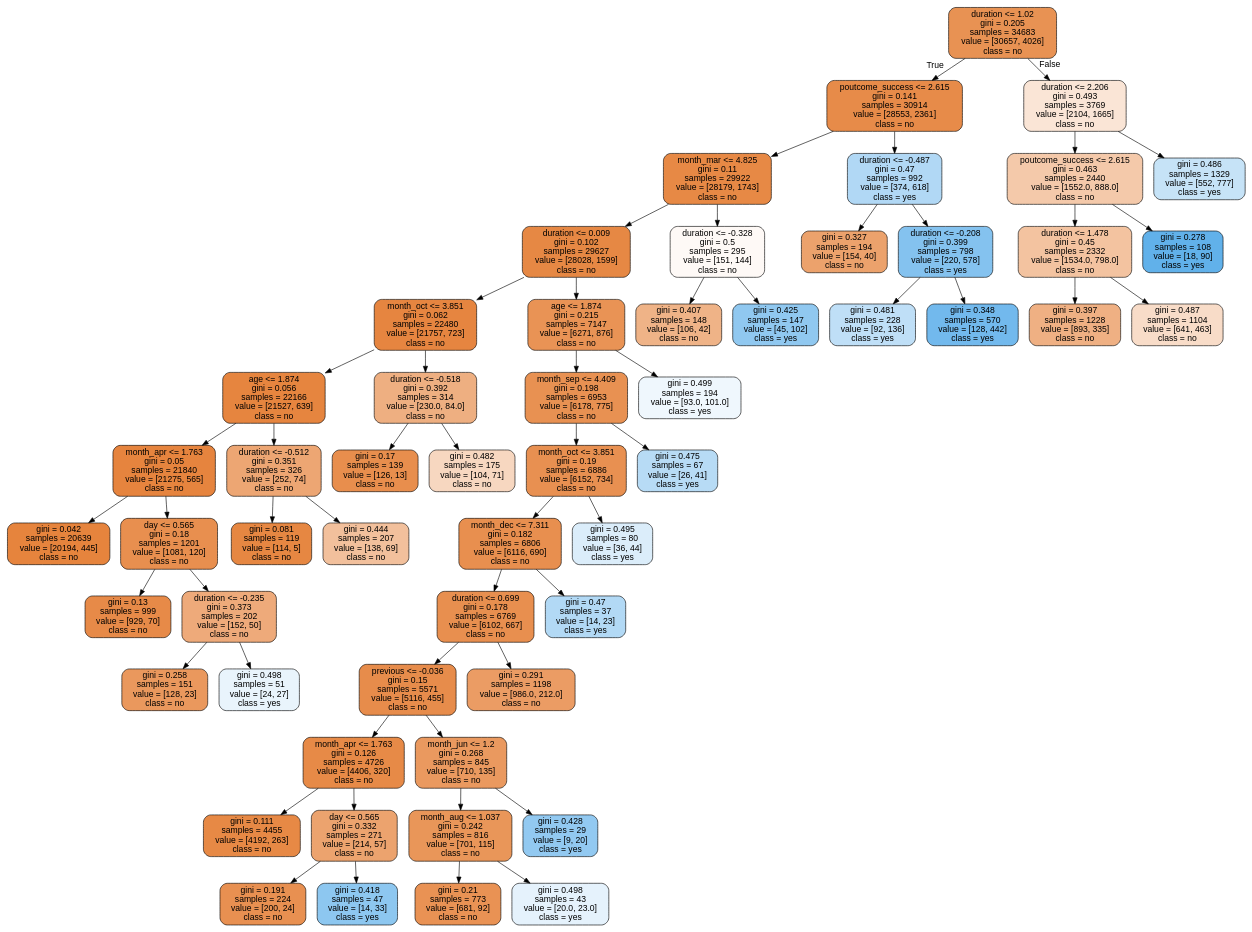
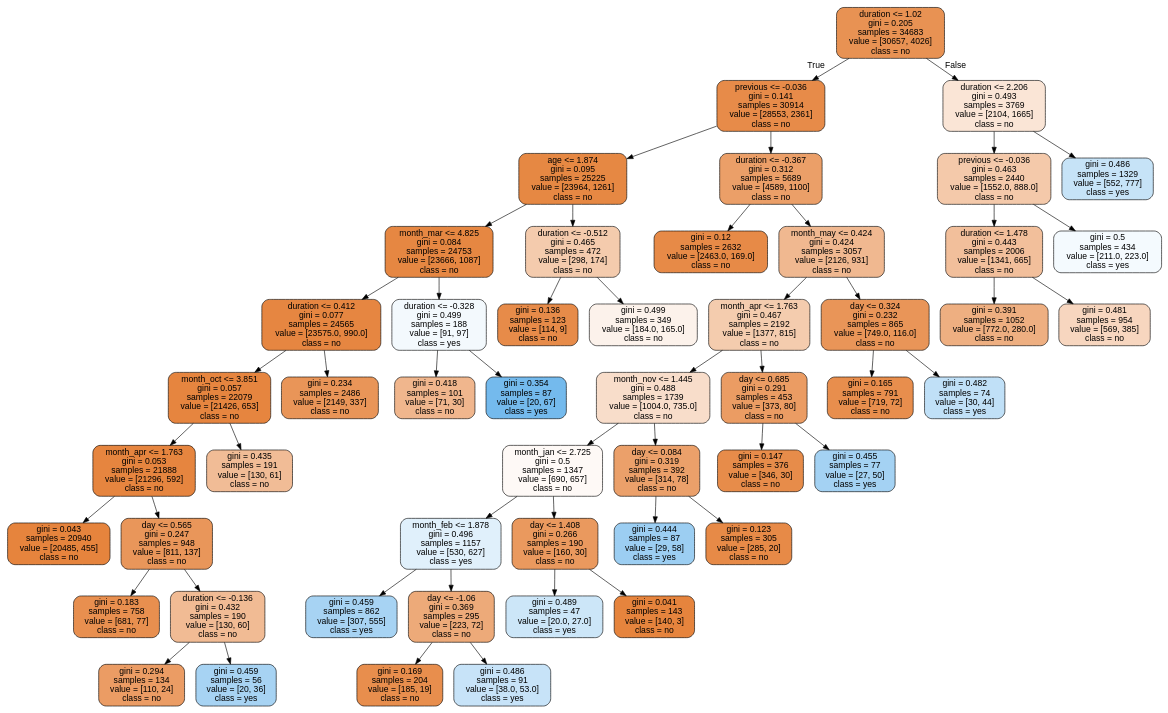
Before and after one commit to Steeve3/ML-model: the diagram in notebooks/tree.dot, drawn with Graphviz. The commit also changed 2 other files, not shown here.

```diff
--- a/notebooks/tree.dot
+++ b/notebooks/tree.dot
@@ -1,113 +1,105 @@
 digraph Tree {
 node [shape=box, style="filled, rounded", color="black", fontname="helvetica"] ;
 edge [fontname="helvetica"] ;
 0 [label="duration <= 1.02\ngini = 0.205\nsamples = 34683\nvalue = [30657, 4026]\nclass = no", fillcolor="#e89253"] ;
-1 [label="poutcome_success <= 2.615\ngini = 0.141\nsamples = 30914\nvalue = [28553, 2361]\nclass = no", fillcolor="#e78b49"] ;
+1 [label="previous <= -0.036\ngini = 0.141\nsamples = 30914\nvalue = [28553, 2361]\nclass = no", fillcolor="#e78b49"] ;
 0 -> 1 [labeldistance=2.5, labelangle=45, headlabel="True"] ;
-3 [label="month_mar <= 4.825\ngini = 0.11\nsamples = 29922\nvalue = [28179, 1743]\nclass = no", fillcolor="#e78945"] ;
+3 [label="age <= 1.874\ngini = 0.095\nsamples = 25225\nvalue = [23964, 1261]\nclass = no", fillcolor="#e68843"] ;
 1 -> 3 ;
-5 [label="duration <= 0.009\ngini = 0.102\nsamples = 29627\nvalue = [28028, 1599]\nclass = no", fillcolor="#e68844"] ;
-3 -> 5 ;
-7 [label="month_oct <= 3.851\ngini = 0.062\nsamples = 22480\nvalue = [21757, 723]\nclass = no", fillcolor="#e68540"] ;
-5 -> 7 ;
-17 [label="age <= 1.874\ngini = 0.056\nsamples = 22166\nvalue = [21527, 639]\nclass = no", fillcolor="#e6853f"] ;
-7 -> 17 ;
-23 [label="month_apr <= 1.763\ngini = 0.05\nsamples = 21840\nvalue = [21275, 565]\nclass = no", fillcolor="#e6843e"] ;
-17 -> 23 ;
-35 [label="gini = 0.042\nsamples = 20639\nvalue = [20194, 445]\nclass = no", fillcolor="#e6843d"] ;
-23 -> 35 ;
-36 [label="day <= 0.565\ngini = 0.18\nsamples = 1201\nvalue = [1081, 120]\nclass = no", fillcolor="#e88f4f"] ;
-23 -> 36 ;
-49 [label="gini = 0.13\nsamples = 999\nvalue = [929, 70]\nclass = no", fillcolor="#e78a48"] ;
-36 -> 49 ;
-50 [label="duration <= -0.235\ngini = 0.373\nsamples = 202\nvalue = [152, 50]\nclass = no", fillcolor="#eeaa7a"] ;
-36 -> 50 ;
-51 [label="gini = 0.258\nsamples = 151\nvalue = [128, 23]\nclass = no", fillcolor="#ea985d"] ;
-50 -> 51 ;
-52 [label="gini = 0.498\nsamples = 51\nvalue = [24, 27]\nclass = yes", fillcolor="#e9f4fc"] ;
-50 -> 52 ;
-24 [label="duration <= -0.512\ngini = 0.351\nsamples = 326\nvalue = [252, 74]\nclass = no", fillcolor="#eda673"] ;
-17 -> 24 ;
-37 [label="gini = 0.081\nsamples = 119\nvalue = [114, 5]\nclass = no", fillcolor="#e68742"] ;
-24 -> 37 ;
-38 [label="gini = 0.444\nsamples = 207\nvalue = [138, 69]\nclass = no", fillcolor="#f2c09c"] ;
-24 -> 38 ;
-18 [label="duration <= -0.518\ngini = 0.392\nsamples = 314\nvalue = [230.0, 84.0]\nclass = no", fillcolor="#eeaf81"] ;
-7 -> 18 ;
-33 [label="gini = 0.17\nsamples = 139\nvalue = [126, 13]\nclass = no", fillcolor="#e88e4d"] ;
-18 -> 33 ;
-34 [label="gini = 0.482\nsamples = 175\nvalue = [104, 71]\nclass = no", fillcolor="#f7d7c0"] ;
-18 -> 34 ;
-8 [label="age <= 1.874\ngini = 0.215\nsamples = 7147\nvalue = [6271, 876]\nclass = no", fillcolor="#e99355"] ;
-5 -> 8 ;
-13 [label="month_sep <= 4.409\ngini = 0.198\nsamples = 6953\nvalue = [6178, 775]\nclass = no", fillcolor="#e89152"] ;
-8 -> 13 ;
-19 [label="month_oct <= 3.851\ngini = 0.19\nsamples = 6886\nvalue = [6152, 734]\nclass = no", fillcolor="#e89051"] ;
-13 -> 19 ;
-21 [label="month_dec <= 7.311\ngini = 0.182\nsamples = 6806\nvalue = [6116, 690]\nclass = no", fillcolor="#e88f4f"] ;
-19 -> 21 ;
-29 [label="duration <= 0.699\ngini = 0.178\nsamples = 6769\nvalue = [6102, 667]\nclass = no", fillcolor="#e88f4f"] ;
-21 -> 29 ;
-31 [label="previous <= -0.036\ngini = 0.15\nsamples = 5571\nvalue = [5116, 455]\nclass = no", fillcolor="#e78c4b"] ;
-29 -> 31 ;
-39 [label="month_apr <= 1.763\ngini = 0.126\nsamples = 4726\nvalue = [4406, 320]\nclass = no", fillcolor="#e78a47"] ;
-31 -> 39 ;
-45 [label="gini = 0.111\nsamples = 4455\nvalue = [4192, 263]\nclass = no", fillcolor="#e78945"] ;
-39 -> 45 ;
-46 [label="day <= 0.565\ngini = 0.332\nsamples = 271\nvalue = [214, 57]\nclass = no", fillcolor="#eca36e"] ;
-39 -> 46 ;
-47 [label="gini = 0.191\nsamples = 224\nvalue = [200, 24]\nclass = no", fillcolor="#e89051"] ;
-46 -> 47 ;
-48 [label="gini = 0.418\nsamples = 47\nvalue = [14, 33]\nclass = yes", fillcolor="#8dc7f0"] ;
-46 -> 48 ;
-40 [label="month_jun <= 1.2\ngini = 0.268\nsamples = 845\nvalue = [710, 135]\nclass = no", fillcolor="#ea995f"] ;
-31 -> 40 ;
-41 [label="month_aug <= 1.037\ngini = 0.242\nsamples = 816\nvalue = [701, 115]\nclass = no", fillcolor="#e99659"] ;
-40 -> 41 ;
-43 [label="gini = 0.21\nsamples = 773\nvalue = [681, 92]\nclass = no", fillcolor="#e99254"] ;
-41 -> 43 ;
-44 [label="gini = 0.498\nsamples = 43\nvalue = [20.0, 23.0]\nclass = yes", fillcolor="#e5f2fc"] ;
-41 -> 44 ;
-42 [label="gini = 0.428\nsamples = 29\nvalue = [9, 20]\nclass = yes", fillcolor="#92c9f1"] ;
-40 -> 42 ;
-32 [label="gini = 0.291\nsamples = 1198\nvalue = [986.0, 212.0]\nclass = no", fillcolor="#eb9c64"] ;
-29 -> 32 ;
-30 [label="gini = 0.47\nsamples = 37\nvalue = [14, 23]\nclass = yes", fillcolor="#b2d9f5"] ;
-21 -> 30 ;
-22 [label="gini = 0.495\nsamples = 80\nvalue = [36, 44]\nclass = yes", fillcolor="#dbedfa"] ;
-19 -> 22 ;
-20 [label="gini = 0.475\nsamples = 67\nvalue = [26, 41]\nclass = yes", fillcolor="#b7dbf5"] ;
-13 -> 20 ;
-14 [label="gini = 0.499\nsamples = 194\nvalue = [93.0, 101.0]\nclass = yes", fillcolor="#eff7fd"] ;
-8 -> 14 ;
-6 [label="duration <= -0.328\ngini = 0.5\nsamples = 295\nvalue = [151, 144]\nclass = no", fillcolor="#fef9f6"] ;
-3 -> 6 ;
-27 [label="gini = 0.407\nsamples = 148\nvalue = [106, 42]\nclass = no", fillcolor="#efb387"] ;
-6 -> 27 ;
-28 [label="gini = 0.425\nsamples = 147\nvalue = [45, 102]\nclass = yes", fillcolor="#90c8f0"] ;
-6 -> 28 ;
-4 [label="duration <= -0.487\ngini = 0.47\nsamples = 992\nvalue = [374, 618]\nclass = yes", fillcolor="#b1d8f5"] ;
+7 [label="month_mar <= 4.825\ngini = 0.084\nsamples = 24753\nvalue = [23666, 1087]\nclass = no", fillcolor="#e68742"] ;
+3 -> 7 ;
+9 [label="duration <= 0.412\ngini = 0.077\nsamples = 24565\nvalue = [23575.0, 990.0]\nclass = no", fillcolor="#e68641"] ;
+7 -> 9 ;
+15 [label="month_oct <= 3.851\ngini = 0.057\nsamples = 22079\nvalue = [21426, 653]\nclass = no", fillcolor="#e6853f"] ;
+9 -> 15 ;
+31 [label="month_apr <= 1.763\ngini = 0.053\nsamples = 21888\nvalue = [21296, 592]\nclass = no", fillcolor="#e6853f"] ;
+15 -> 31 ;
+37 [label="gini = 0.043\nsamples = 20940\nvalue = [20485, 455]\nclass = no", fillcolor="#e6843d"] ;
+31 -> 37 ;
+38 [label="day <= 0.565\ngini = 0.247\nsamples = 948\nvalue = [811, 137]\nclass = no", fillcolor="#e9965a"] ;
+31 -> 38 ;
+47 [label="gini = 0.183\nsamples = 758\nvalue = [681, 77]\nclass = no", fillcolor="#e88f4f"] ;
+38 -> 47 ;
+48 [label="duration <= -0.136\ngini = 0.432\nsamples = 190\nvalue = [130, 60]\nclass = no", fillcolor="#f1bb94"] ;
+38 -> 48 ;
+49 [label="gini = 0.294\nsamples = 134\nvalue = [110, 24]\nclass = no", fillcolor="#eb9c64"] ;
+48 -> 49 ;
+50 [label="gini = 0.459\nsamples = 56\nvalue = [20, 36]\nclass = yes", fillcolor="#a7d3f3"] ;
+48 -> 50 ;
+32 [label="gini = 0.435\nsamples = 191\nvalue = [130, 61]\nclass = no", fillcolor="#f1bc96"] ;
+15 -> 32 ;
+16 [label="gini = 0.234\nsamples = 2486\nvalue = [2149, 337]\nclass = no", fillcolor="#e99558"] ;
+9 -> 16 ;
+10 [label="duration <= -0.328\ngini = 0.499\nsamples = 188\nvalue = [91, 97]\nclass = yes", fillcolor="#f3f9fd"] ;
+7 -> 10 ;
+43 [label="gini = 0.418\nsamples = 101\nvalue = [71, 30]\nclass = no", fillcolor="#f0b68d"] ;
+10 -> 43 ;
+44 [label="gini = 0.354\nsamples = 87\nvalue = [20, 67]\nclass = yes", fillcolor="#74baed"] ;
+10 -> 44 ;
+8 [label="duration <= -0.512\ngini = 0.465\nsamples = 472\nvalue = [298, 174]\nclass = no", fillcolor="#f4cbad"] ;
+3 -> 8 ;
+35 [label="gini = 0.136\nsamples = 123\nvalue = [114, 9]\nclass = no", fillcolor="#e78b49"] ;
+8 -> 35 ;
+36 [label="gini = 0.499\nsamples = 349\nvalue = [184.0, 165.0]\nclass = no", fillcolor="#fcf2eb"] ;
+8 -> 36 ;
+4 [label="duration <= -0.367\ngini = 0.312\nsamples = 5689\nvalue = [4589, 1100]\nclass = no", fillcolor="#eb9f68"] ;
 1 -> 4 ;
-11 [label="gini = 0.327\nsamples = 194\nvalue = [154, 40]\nclass = no", fillcolor="#eca26c"] ;
-4 -> 11 ;
-12 [label="duration <= -0.208\ngini = 0.399\nsamples = 798\nvalue = [220, 578]\nclass = yes", fillcolor="#84c2ef"] ;
-4 -> 12 ;
-53 [label="gini = 0.481\nsamples = 228\nvalue = [92, 136]\nclass = yes", fillcolor="#bfdff7"] ;
-12 -> 53 ;
-54 [label="gini = 0.348\nsamples = 570\nvalue = [128, 442]\nclass = yes", fillcolor="#72b9ed"] ;
-12 -> 54 ;
+5 [label="gini = 0.12\nsamples = 2632\nvalue = [2463.0, 169.0]\nclass = no", fillcolor="#e78a47"] ;
+4 -> 5 ;
+6 [label="month_may <= 0.424\ngini = 0.424\nsamples = 3057\nvalue = [2126, 931]\nclass = no", fillcolor="#f0b890"] ;
+4 -> 6 ;
+13 [label="month_apr <= 1.763\ngini = 0.467\nsamples = 2192\nvalue = [1377, 815]\nclass = no", fillcolor="#f4ccae"] ;
+6 -> 13 ;
+17 [label="month_nov <= 1.445\ngini = 0.488\nsamples = 1739\nvalue = [1004.0, 735.0]\nclass = no", fillcolor="#f8ddca"] ;
+13 -> 17 ;
+19 [label="month_jan <= 2.725\ngini = 0.5\nsamples = 1347\nvalue = [690, 657]\nclass = no", fillcolor="#fef9f6"] ;
+17 -> 19 ;
+23 [label="month_feb <= 1.878\ngini = 0.496\nsamples = 1157\nvalue = [530, 627]\nclass = yes", fillcolor="#e0f0fb"] ;
+19 -> 23 ;
+25 [label="gini = 0.459\nsamples = 862\nvalue = [307, 555]\nclass = yes", fillcolor="#a7d3f3"] ;
+23 -> 25 ;
+26 [label="day <= -1.06\ngini = 0.369\nsamples = 295\nvalue = [223, 72]\nclass = no", fillcolor="#edaa79"] ;
+23 -> 26 ;
+33 [label="gini = 0.169\nsamples = 204\nvalue = [185, 19]\nclass = no", fillcolor="#e88e4d"] ;
+26 -> 33 ;
+34 [label="gini = 0.486\nsamples = 91\nvalue = [38.0, 53.0]\nclass = yes", fillcolor="#c7e3f8"] ;
+26 -> 34 ;
+24 [label="day <= 1.408\ngini = 0.266\nsamples = 190\nvalue = [160, 30]\nclass = no", fillcolor="#ea995e"] ;
+19 -> 24 ;
+41 [label="gini = 0.489\nsamples = 47\nvalue = [20.0, 27.0]\nclass = yes", fillcolor="#cce6f8"] ;
+24 -> 41 ;
+42 [label="gini = 0.041\nsamples = 143\nvalue = [140, 3]\nclass = no", fillcolor="#e6843d"] ;
+24 -> 42 ;
+20 [label="day <= 0.084\ngini = 0.319\nsamples = 392\nvalue = [314, 78]\nclass = no", fillcolor="#eba06a"] ;
+17 -> 20 ;
+21 [label="gini = 0.444\nsamples = 87\nvalue = [29, 58]\nclass = yes", fillcolor="#9ccef2"] ;
+20 -> 21 ;
+22 [label="gini = 0.123\nsamples = 305\nvalue = [285, 20]\nclass = no", fillcolor="#e78a47"] ;
+20 -> 22 ;
+18 [label="day <= 0.685\ngini = 0.291\nsamples = 453\nvalue = [373, 80]\nclass = no", fillcolor="#eb9c63"] ;
+13 -> 18 ;
+27 [label="gini = 0.147\nsamples = 376\nvalue = [346, 30]\nclass = no", fillcolor="#e78c4a"] ;
+18 -> 27 ;
+28 [label="gini = 0.455\nsamples = 77\nvalue = [27, 50]\nclass = yes", fillcolor="#a4d2f3"] ;
+18 -> 28 ;
+14 [label="day <= 0.324\ngini = 0.232\nsamples = 865\nvalue = [749.0, 116.0]\nclass = no", fillcolor="#e99558"] ;
+6 -> 14 ;
+29 [label="gini = 0.165\nsamples = 791\nvalue = [719, 72]\nclass = no", fillcolor="#e88e4d"] ;
+14 -> 29 ;
+30 [label="gini = 0.482\nsamples = 74\nvalue = [30, 44]\nclass = yes", fillcolor="#c0e0f7"] ;
+14 -> 30 ;
 2 [label="duration <= 2.206\ngini = 0.493\nsamples = 3769\nvalue = [2104, 1665]\nclass = no", fillcolor="#fae5d6"] ;
 0 -> 2 [labeldistance=2.5, labelangle=-45, headlabel="False"] ;
-9 [label="poutcome_success <= 2.615\ngini = 0.463\nsamples = 2440\nvalue = [1552.0, 888.0]\nclass = no", fillcolor="#f4c9aa"] ;
-2 -> 9 ;
-15 [label="duration <= 1.478\ngini = 0.45\nsamples = 2332\nvalue = [1534.0, 798.0]\nclass = no", fillcolor="#f3c3a0"] ;
-9 -> 15 ;
-25 [label="gini = 0.397\nsamples = 1228\nvalue = [893, 335]\nclass = no", fillcolor="#efb083"] ;
-15 -> 25 ;
-26 [label="gini = 0.487\nsamples = 1104\nvalue = [641, 463]\nclass = no", fillcolor="#f8dcc8"] ;
-15 -> 26 ;
-16 [label="gini = 0.278\nsamples = 108\nvalue = [18, 90]\nclass = yes", fillcolor="#61b1ea"] ;
-9 -> 16 ;
-10 [label="gini = 0.486\nsamples = 1329\nvalue = [552, 777]\nclass = yes", fillcolor="#c6e3f7"] ;
-2 -> 10 ;
+11 [label="previous <= -0.036\ngini = 0.463\nsamples = 2440\nvalue = [1552.0, 888.0]\nclass = no", fillcolor="#f4c9aa"] ;
+2 -> 11 ;
+39 [label="duration <= 1.478\ngini = 0.443\nsamples = 2006\nvalue = [1341, 665]\nclass = no", fillcolor="#f2bf9b"] ;
+11 -> 39 ;
+45 [label="gini = 0.391\nsamples = 1052\nvalue = [772.0, 280.0]\nclass = no", fillcolor="#eeaf81"] ;
+39 -> 45 ;
+46 [label="gini = 0.481\nsamples = 954\nvalue = [569, 385]\nclass = no", fillcolor="#f7d6bf"] ;
+39 -> 46 ;
+40 [label="gini = 0.5\nsamples = 434\nvalue = [211.0, 223.0]\nclass = yes", fillcolor="#f4fafe"] ;
+11 -> 40 ;
+12 [label="gini = 0.486\nsamples = 1329\nvalue = [552, 777]\nclass = yes", fillcolor="#c6e3f7"] ;
+2 -> 12 ;
 }
```
